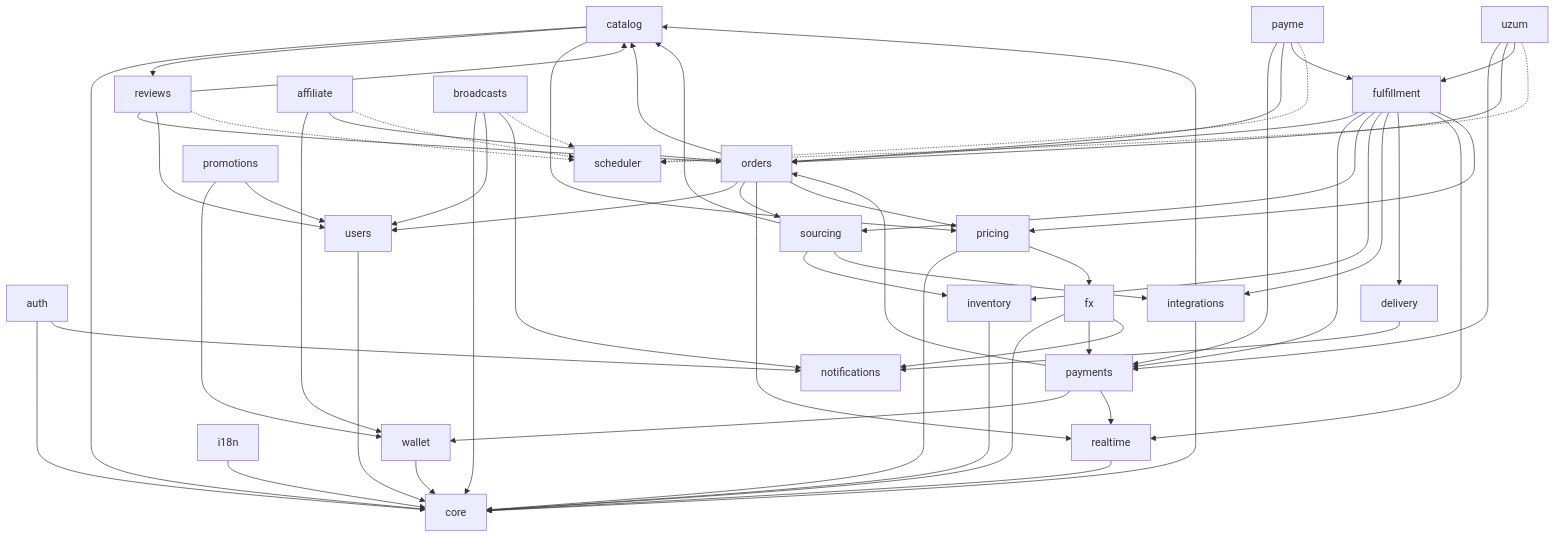
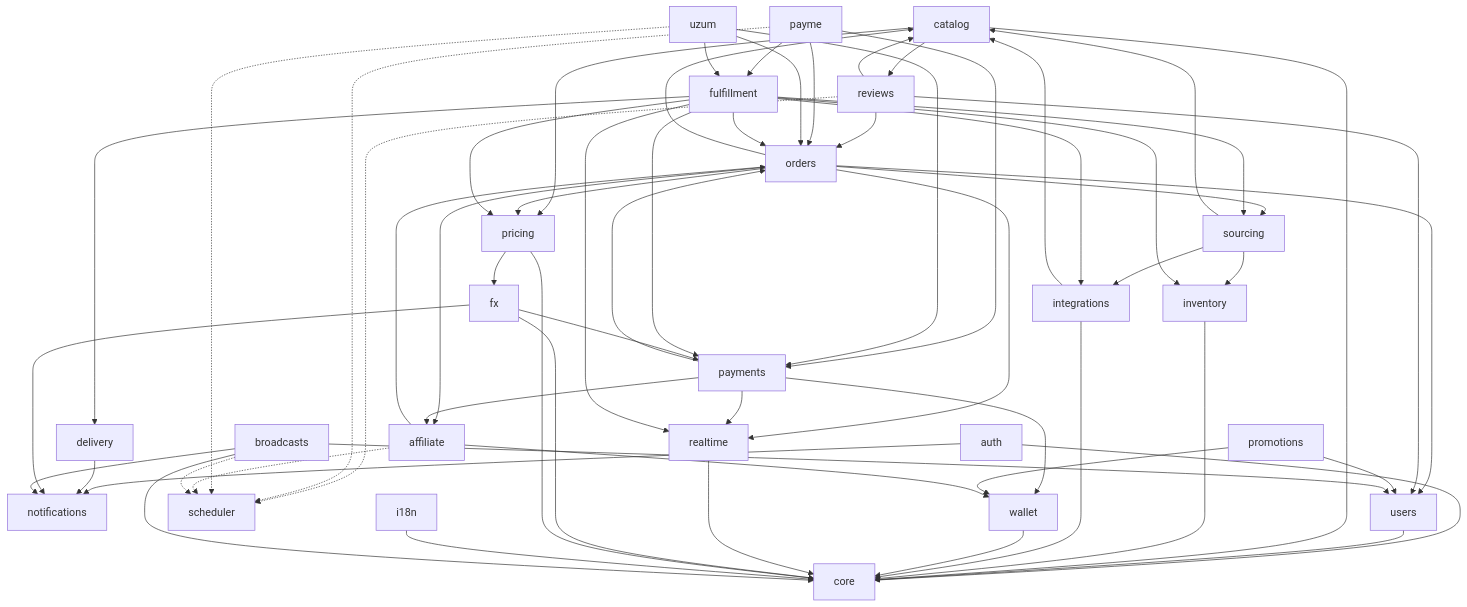
Before and after one commit to jamaomonov/yupay: the diagram in docs/architecture/module-map.md, drawn with Mermaid. The commit also changed other lines of this file and 2 other files, not shown here.

Commit message:
docs(affiliate): plan for the checkout promo field, and step 2's findings
Plan 3 of 7. One component per surface rather than a shared one: the logic is
thirty lines of a request and a state machine, while the presentation and the
message catalogues differ, and the two checkouts do not share components today.

Every number on screen comes from the preview response. Subtracting a
server-computed discount from a client-computed total would show a price nobody
will charge.

The README now records the two things step 2 cost time on: that a row inserted
under a UNIQUE must be added *inside* the SAVEPOINT, and that dashboard revenue
and margin come from different places, so a discount has to be taken out of
both or the two figures stop agreeing about cost.

Claude-Session: https://claude.ai/code/session_0149WVtoHBWbESJhyFdhq5yE

````diff
--- a/docs/architecture/module-map.md
+++ b/docs/architecture/module-map.md
@@ -39,64 +39,66 @@
 ```mermaid
 flowchart TB
     auth --> core
     auth --> notifications
     users --> core
     catalog --> core
     inventory --> core
     integrations --> core
     integrations --> catalog
     sourcing --> catalog
     sourcing --> inventory
     sourcing --> integrations
     orders --> catalog
     orders --> users
     orders --> sourcing
     reviews --> catalog
     reviews --> orders
     reviews --> users
     catalog --> reviews
     reviews -.-> scheduler
     payments --> orders
     payments --> wallet
     payme --> payments
     payme --> orders
     payme --> fulfillment
     payme -.-> scheduler
     uzum --> payments
     uzum --> orders
     uzum --> fulfillment
     uzum -.-> scheduler
     click --> payments
     click --> orders
     click -.-> scheduler
     wallet --> core
     promotions --> wallet
     promotions --> users
     affiliate --> wallet
     affiliate --> orders
     affiliate -.-> scheduler
+    orders --> affiliate
+    payments --> affiliate
     fulfillment --> orders
     fulfillment --> payments
     fulfillment --> sourcing
     fulfillment --> inventory
     fulfillment --> integrations
     fulfillment --> delivery
     delivery --> notifications
     orders --> realtime
     payments --> realtime
     fulfillment --> realtime
     realtime --> core
     fx --> core
     fx --> payments
     fx --> notifications
     pricing --> core
     pricing --> fx
     catalog --> pricing
     orders --> pricing
     fulfillment --> pricing
     i18n --> core
     broadcasts --> core
     broadcasts --> users
     broadcasts --> notifications
     broadcasts -.-> scheduler
 ```
````
